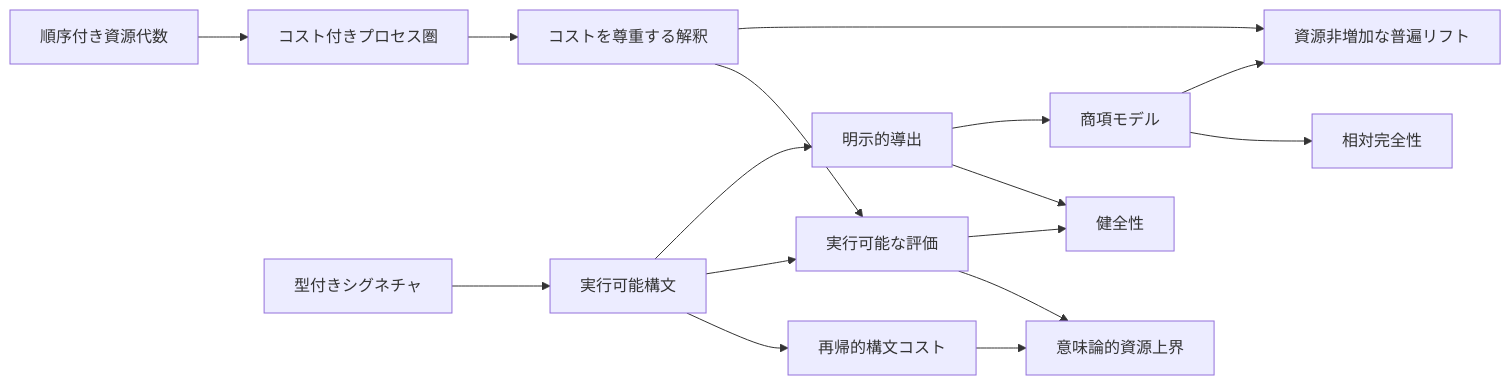
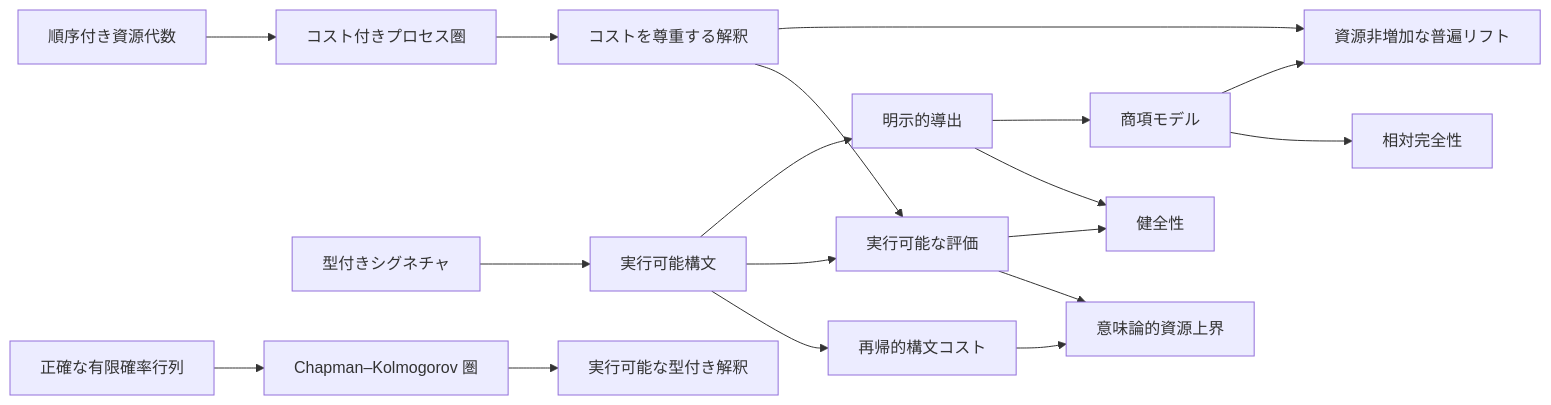
Before and after one commit to miuchan/ript: the diagram in docs/README.ja.md, drawn with Mermaid. The commit also changed other lines of this file and 12 other files, not shown here.

````diff
--- a/docs/README.ja.md
+++ b/docs/README.ja.md
@@ -196,18 +215,20 @@
 ```mermaid
 flowchart LR
   R["順序付き資源代数"] --> C["コスト付きプロセス圏"]
   S["型付きシグネチャ"] --> X["実行可能構文"]
   X --> K["再帰的構文コスト"]
   C --> I["コストを尊重する解釈"]
   X --> E["実行可能な評価"]
   I --> E
   K --> B["意味論的資源上界"]
   E --> B
   X --> D["明示的導出"]
   D --> SO["健全性"]
   E --> SO
   D --> T["商項モデル"]
   T --> CO["相対完全性"]
   I --> U["資源非増加な普遍リフト"]
   T --> U
+  F["正確な有限確率行列"] --> CK["Chapman–Kolmogorov 圏"]
+  CK --> EX["実行可能な型付き解釈"]
 ```
````
